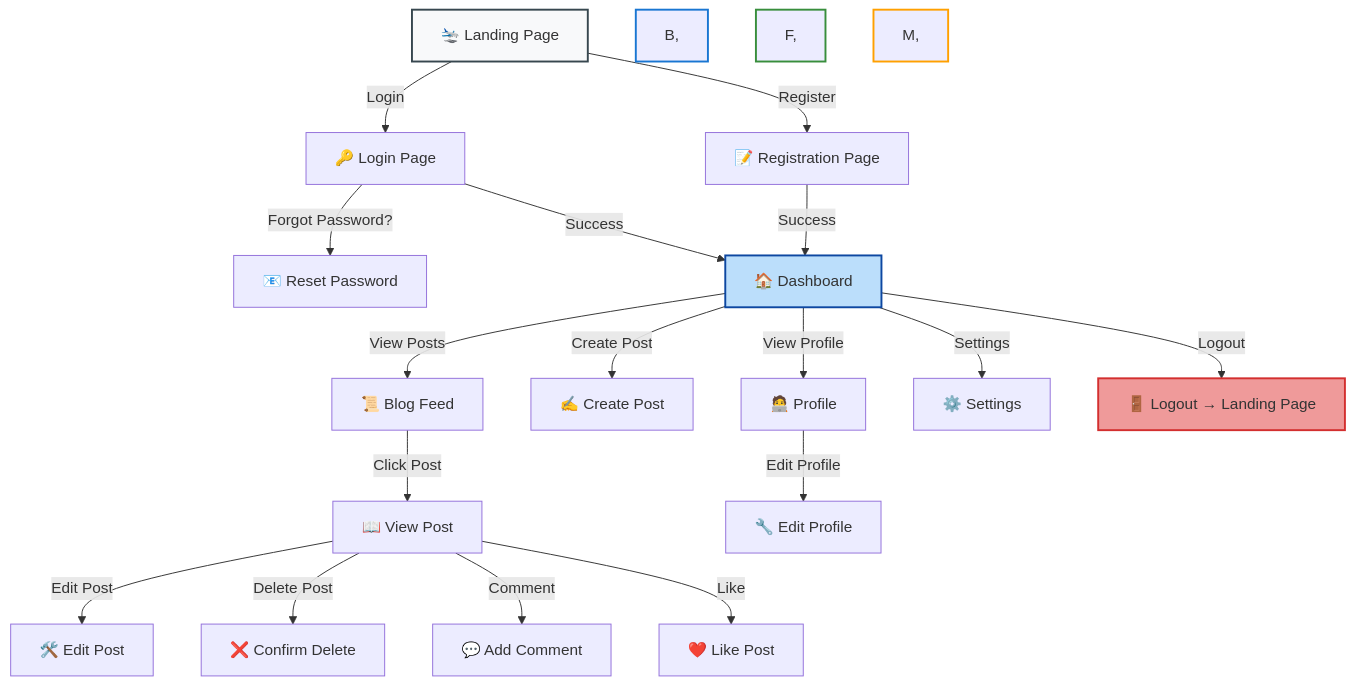
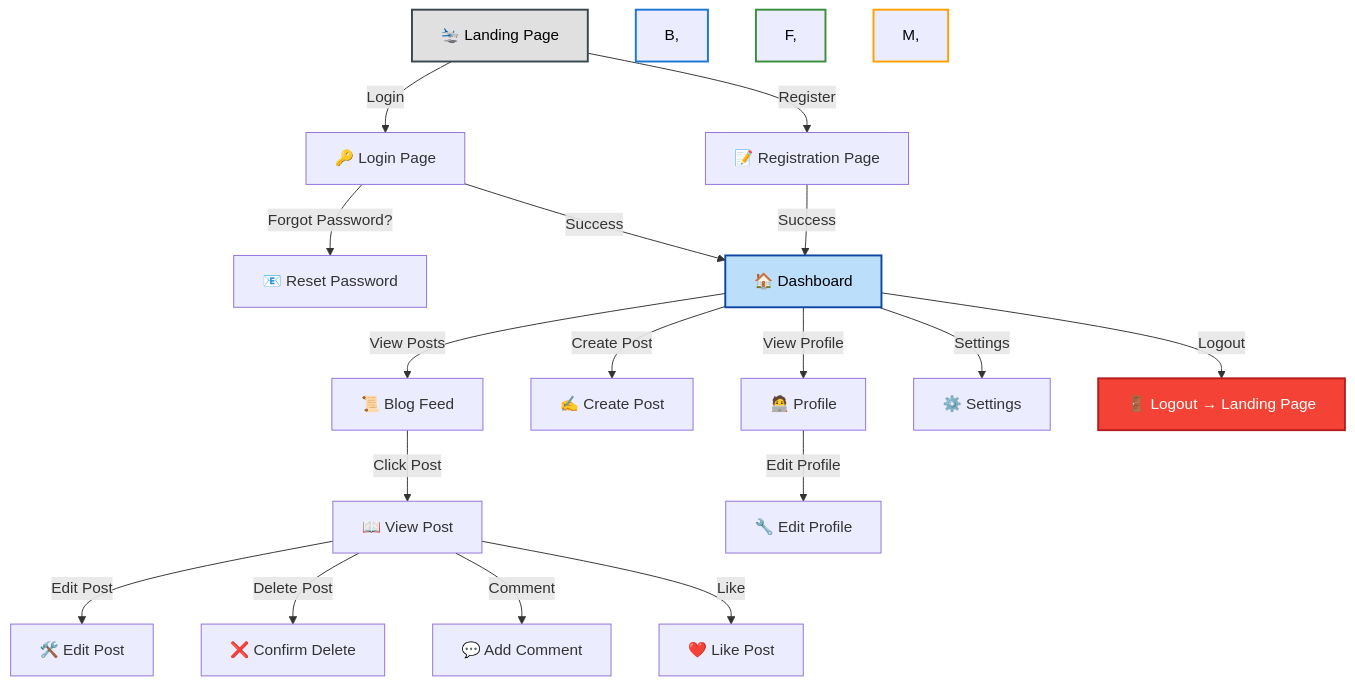
Before and after one commit to HardMachinesCorporation/sbp: the third of 5 diagrams in README.md, drawn with Mermaid.

Commit message:
adapt  the mermiad graph to work also on dark mode

````diff
--- a/README.md
+++ b/README.md
@@ -304,29 +304,30 @@
 ```mermaid
 graph TD
   A[🛬 Landing Page] -->|Login| B[🔑 Login Page]
   A -->|Register| C[📝 Registration Page]
   B -->|Forgot Password?| D[📧 Reset Password]
   B -->|Success| E[🏠 Dashboard]
   C -->|Success| E
 
   E -->|View Posts| F[📜 Blog Feed]
   E -->|Create Post| G[✍️ Create Post]
   F -->|Click Post| H[📖 View Post]
   H -->|Edit Post| I[🛠️ Edit Post]
   H -->|Delete Post| J[❌ Confirm Delete]
   H -->|Comment| K[💬 Add Comment]
   H -->|Like| L[❤️ Like Post]
 
   E -->|View Profile| M[🧑‍💻 Profile]
   M -->|Edit Profile| N[🔧 Edit Profile]
   E -->|Settings| O[⚙️ Settings]
 
   E -->|Logout| P[🚪 Logout → Landing Page]
 
-  style A fill:#f8f9fa,stroke:#37474f,stroke-width:2px
-  style B, C, D fill:#e3f2fd,stroke:#1976d2,stroke-width:2px
-  style E fill:#bbdefb,stroke:#0d47a1,stroke-width:2px
-  style F, G, H, I, J, K, L fill:#c8e6c9,stroke:#388e3c,stroke-width:2px
-  style M, N, O fill:#ffecb3,stroke:#ffa000,stroke-width:2px
-  style P fill:#ef9a9a,stroke:#d32f2f,stroke-width:2px
+  %% 🎨 Style Updates for Dark Mode
+  style A fill:#e0e0e0,stroke:#37474f,stroke-width:2px,color:#000
+  style B, C, D fill:#e3f2fd,stroke:#1976d2,stroke-width:2px,color:#000
+  style E fill:#bbdefb,stroke:#0d47a1,stroke-width:2px,color:#000
+  style F, G, H, I, J, K, L fill:#c8e6c9,stroke:#388e3c,stroke-width:2px,color:#000
+  style M, N, O fill:#ffecb3,stroke:#ffa000,stroke-width:2px,color:#000
+  style P fill:#f44336,stroke:#b71c1c,stroke-width:2px,color:#fff
 ```
````
